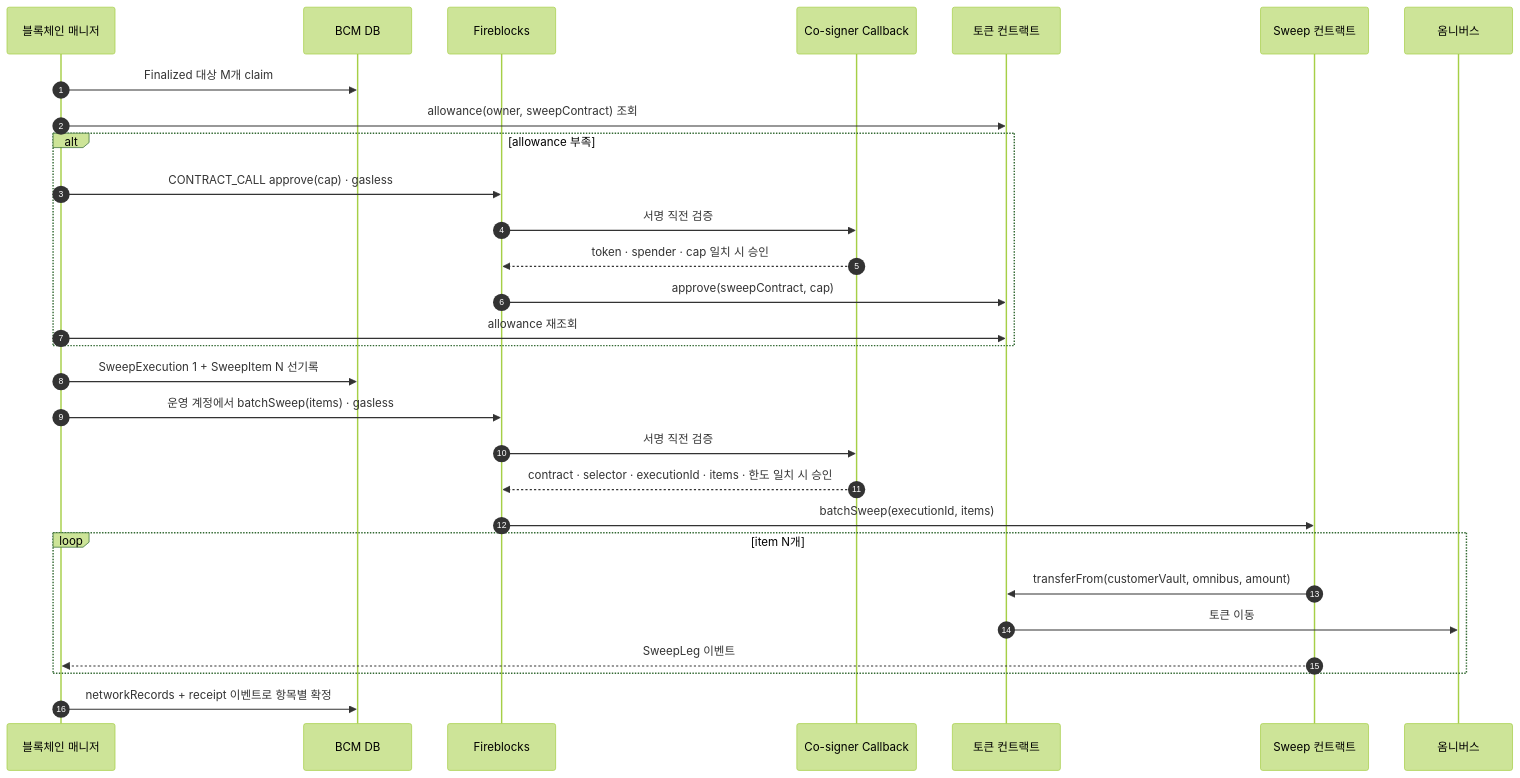
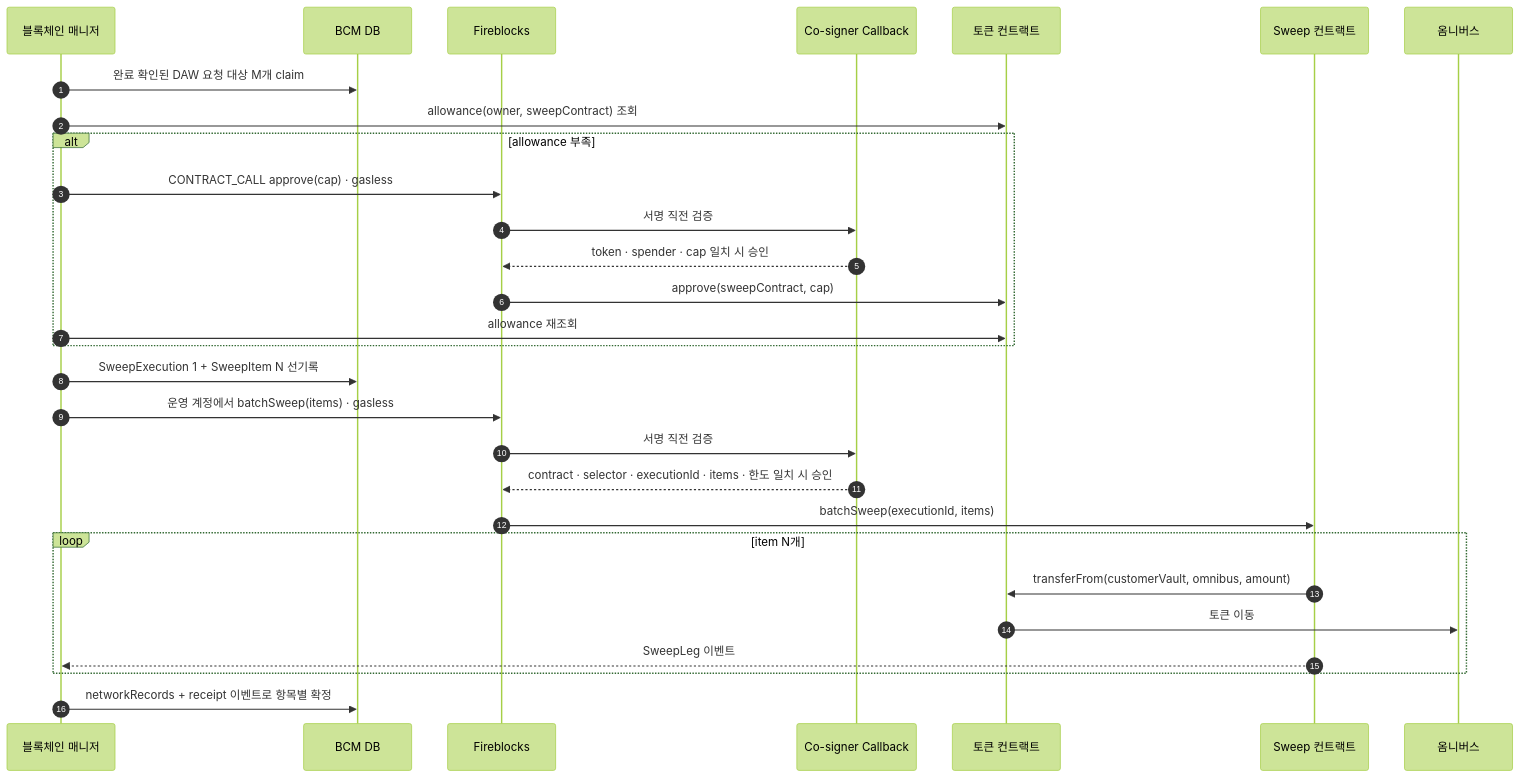
The diagram in blockchain-manager/docs/BC/설계/06-sweep.md (eunsujeo/eunpus), drawn with Mermaid (forest theme) before and after one commit. The commit also changed other lines of this file and 6 other files, not shown here.

````diff
--- a/blockchain-manager/docs/BC/설계/06-sweep.md
+++ b/blockchain-manager/docs/BC/설계/06-sweep.md
@@ -106,32 +110,32 @@
 ```mermaid
 sequenceDiagram
     autonumber
     participant BM as 블록체인 매니저
     participant DB as BCM DB
     participant FB as Fireblocks
     participant CB as Co-signer Callback
     participant T as 토큰 컨트랙트
     participant S as Sweep 컨트랙트
     participant O as 옴니버스
 
-    BM->>DB: Finalized 대상 M개 claim
+    BM->>DB: 완료 확인된 DAW 요청 대상 M개 claim
     BM->>T: allowance(owner, sweepContract) 조회
     alt allowance 부족
       BM->>FB: CONTRACT_CALL approve(cap) · gasless
       FB->>CB: 서명 직전 검증
       CB-->>FB: token · spender · cap 일치 시 승인
       FB->>T: approve(sweepContract, cap)
       BM->>T: allowance 재조회
     end
     BM->>DB: SweepExecution 1 + SweepItem N 선기록
     BM->>FB: 운영 계정에서 batchSweep(items) · gasless
     FB->>CB: 서명 직전 검증
     CB-->>FB: contract · selector · executionId · items · 한도 일치 시 승인
     FB->>S: batchSweep(executionId, items)
     loop item N개
       S->>T: transferFrom(customerVault, omnibus, amount)
       T->>O: 토큰 이동
       S-->>BM: SweepLeg 이벤트
     end
     BM->>DB: networkRecords + receipt 이벤트로 항목별 확정
 ```
````
